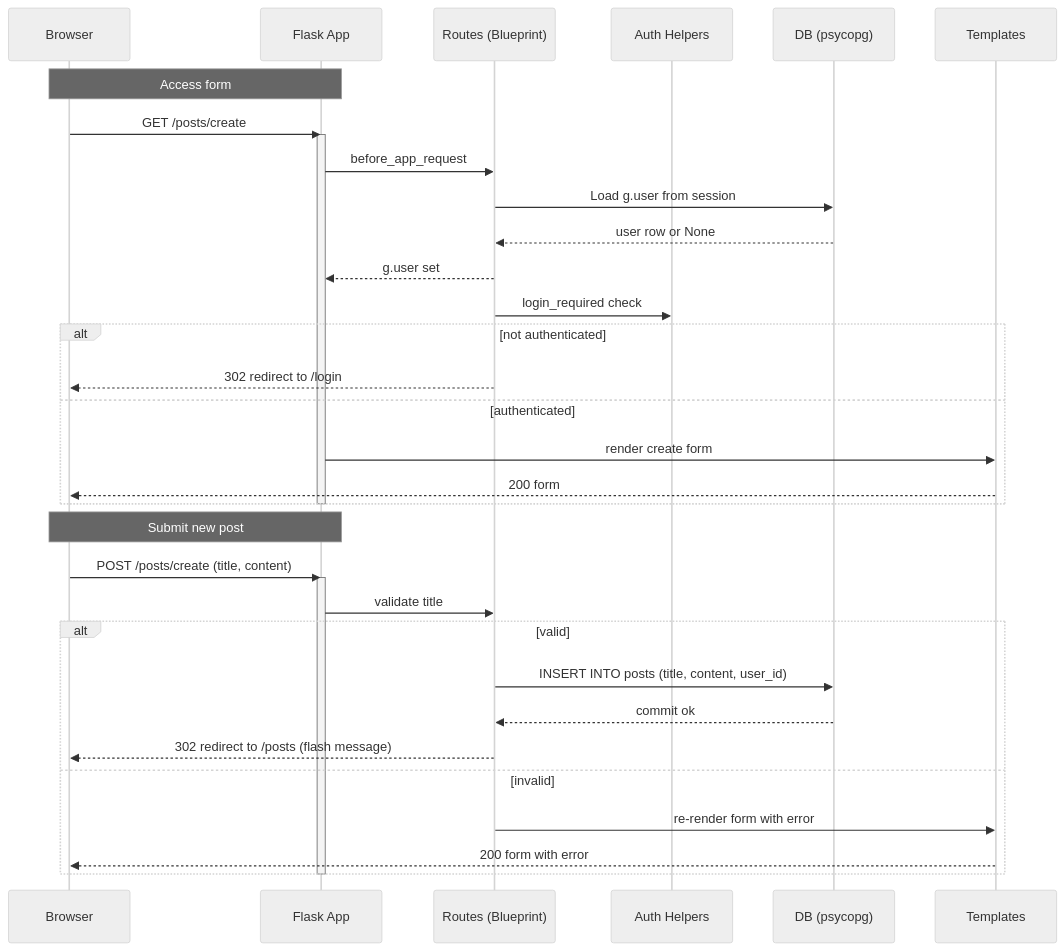
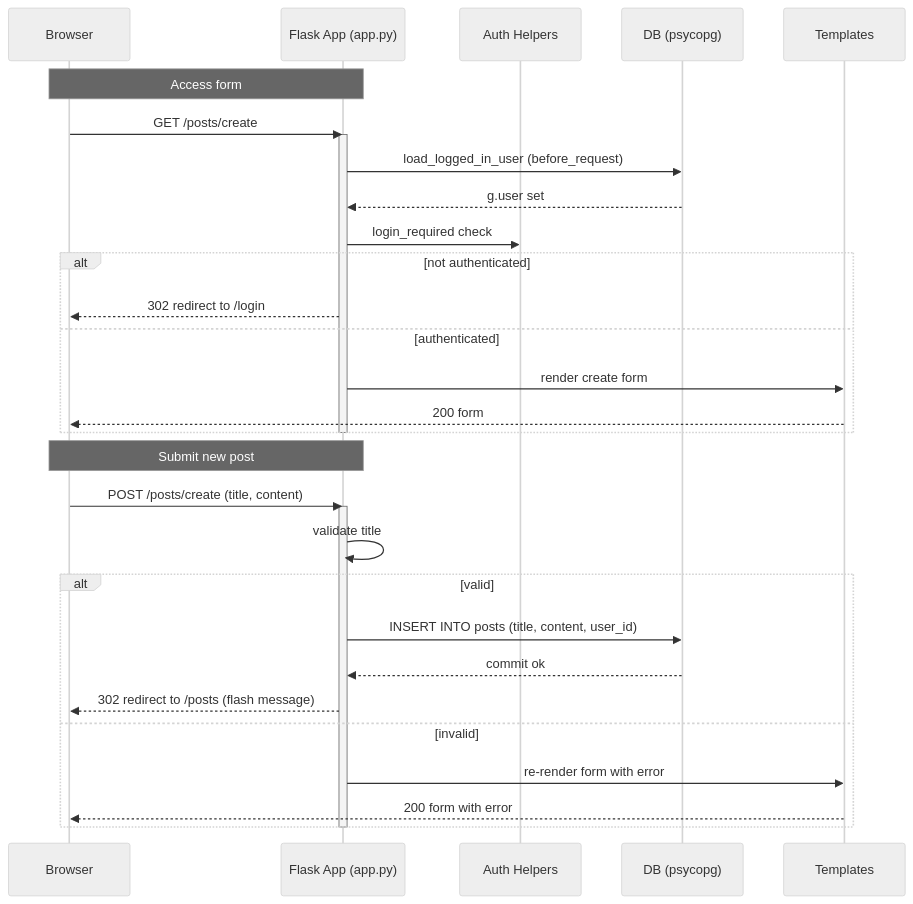
One commit to overthetop/flask_demo changed the third of 3 diagrams in README.md. Above: the diagram before and after it, drawn with Mermaid (neutral theme). The commit also changed other lines of this file and 2 other files, not shown here.

First line of the commit message:
docs: update all .md files to reflect flat app structure

````diff
--- a/README.md
+++ b/README.md
@@ -330,39 +321,36 @@
 ```mermaid
 sequenceDiagram
   participant B as Browser
-  participant F as Flask App
-  participant R as Routes (Blueprint)
+  participant F as Flask App (app.py)
   participant A as Auth Helpers
   participant D as DB (psycopg)
   participant T as Templates
 
   Note over B,F: Access form
   B->>F: GET /posts/create
   activate F
-  F->>R: before_app_request
-  R->>D: Load g.user from session
-  D-->>R: user row or None
-  R-->>F: g.user set
-  R->>A: login_required check
+  F->>D: load_logged_in_user (before_request)
+  D-->>F: g.user set
+  F->>A: login_required check
   alt not authenticated
-    R-->>B: 302 redirect to /login
+    F-->>B: 302 redirect to /login
   else authenticated
     F->>T: render create form
     T-->>B: 200 form
   end
   deactivate F
 
   Note over B,F: Submit new post
   B->>F: POST /posts/create (title, content)
   activate F
-  F->>R: validate title
+  F->>F: validate title
   alt valid
-    R->>D: INSERT INTO posts (title, content, user_id)
-    D-->>R: commit ok
-    R-->>B: 302 redirect to /posts (flash message)
+    F->>D: INSERT INTO posts (title, content, user_id)
+    D-->>F: commit ok
+    F-->>B: 302 redirect to /posts (flash message)
   else invalid
-    R->>T: re-render form with error
+    F->>T: re-render form with error
     T-->>B: 200 form with error
   end
   deactivate F
 ```
````
